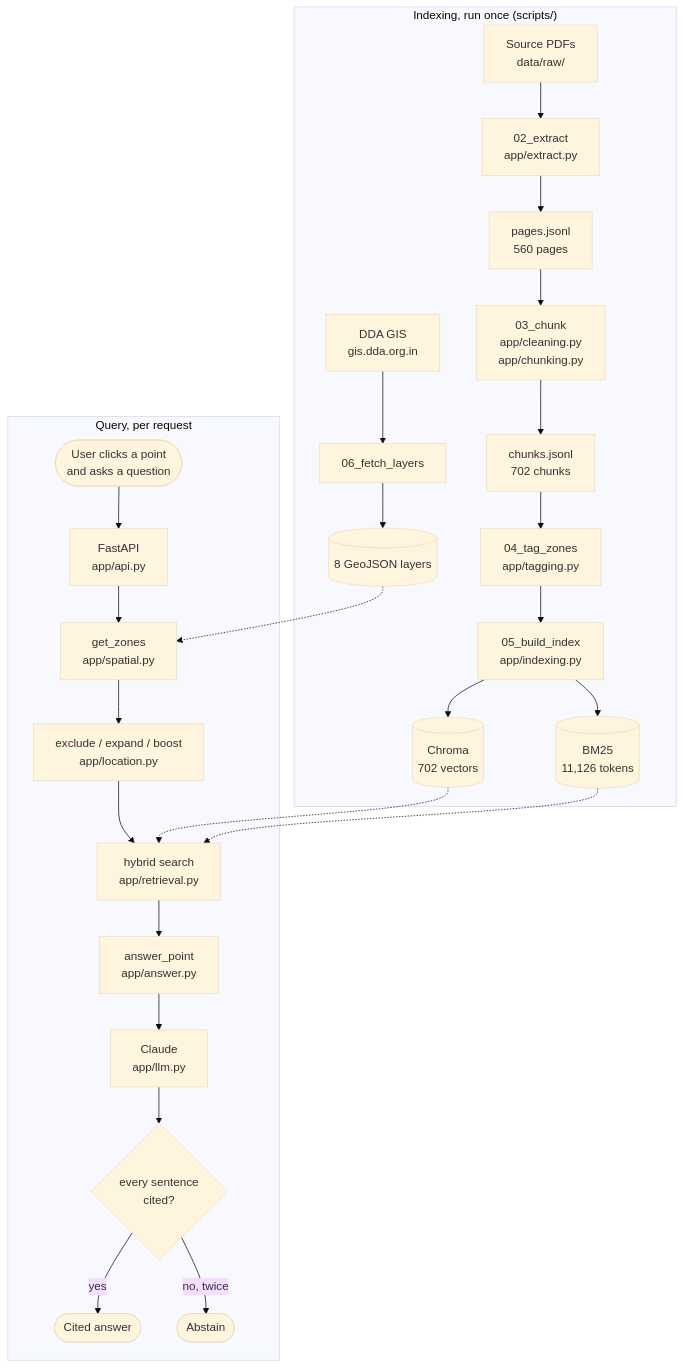
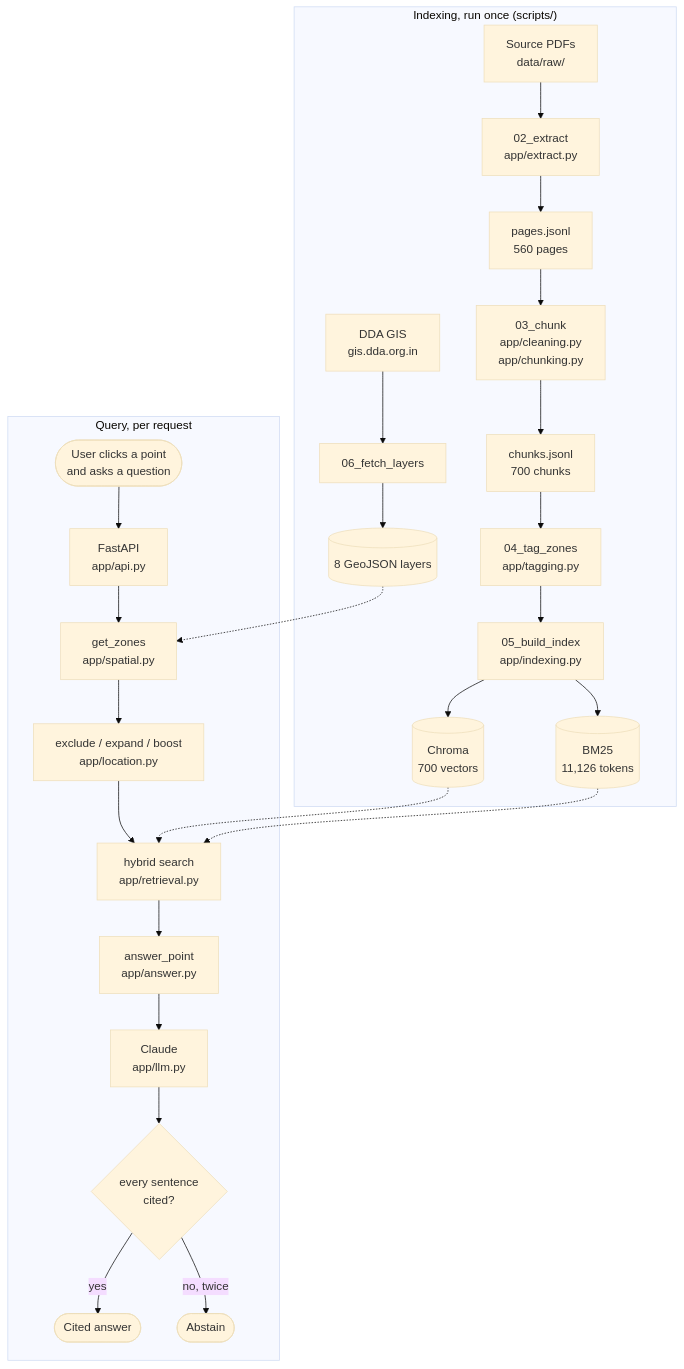
The diagram in README.md (dhruv-ship-it/delhi-plan-rag), drawn with Mermaid (base theme) before and after one commit. The commit also changed other lines of this file and 5 other files, not shown here.

First line of the commit message:
night3-stage8: README, architecture, the v3 query report and the run report

````diff
--- a/README.md
+++ b/README.md
@@ -48,30 +67,30 @@
 ```mermaid
 flowchart TB
     subgraph Indexing["Indexing, run once (scripts/)"]
         PDF["Source PDFs<br/>data/raw/"] --> EX["02_extract<br/>app/extract.py"]
         EX --> PAGES["pages.jsonl<br/>560 pages"]
         PAGES --> CH["03_chunk<br/>app/cleaning.py<br/>app/chunking.py"]
-        CH --> CHUNKS["chunks.jsonl<br/>702 chunks"]
+        CH --> CHUNKS["chunks.jsonl<br/>700 chunks"]
         CHUNKS --> TAG["04_tag_zones<br/>app/tagging.py"]
         TAG --> IDX["05_build_index<br/>app/indexing.py"]
-        IDX --> CHROMA[("Chroma<br/>702 vectors")]
+        IDX --> CHROMA[("Chroma<br/>700 vectors")]
         IDX --> BM25[("BM25<br/>11,126 tokens")]
         GIS["DDA GIS<br/>gis.dda.org.in"] --> FETCH["06_fetch_layers"]
         FETCH --> LAYERS[("8 GeoJSON layers")]
     end
 
     subgraph Query["Query, per request"]
         USER(["User clicks a point<br/>and asks a question"]) --> API["FastAPI<br/>app/api.py"]
         API --> SPAT["get_zones<br/>app/spatial.py"]
         LAYERS -.-> SPAT
         SPAT --> LOC["exclude / expand / boost<br/>app/location.py"]
         LOC --> RET["hybrid search<br/>app/retrieval.py"]
         CHROMA -.-> RET
         BM25 -.-> RET
         RET --> ANS["answer_point<br/>app/answer.py"]
         ANS --> LLM["Claude<br/>app/llm.py"]
         LLM --> VAL{"every sentence<br/>cited?"}
         VAL -->|yes| OUT(["Cited answer"])
         VAL -->|"no, twice"| ABS(["Abstain"])
     end
 ```
````
